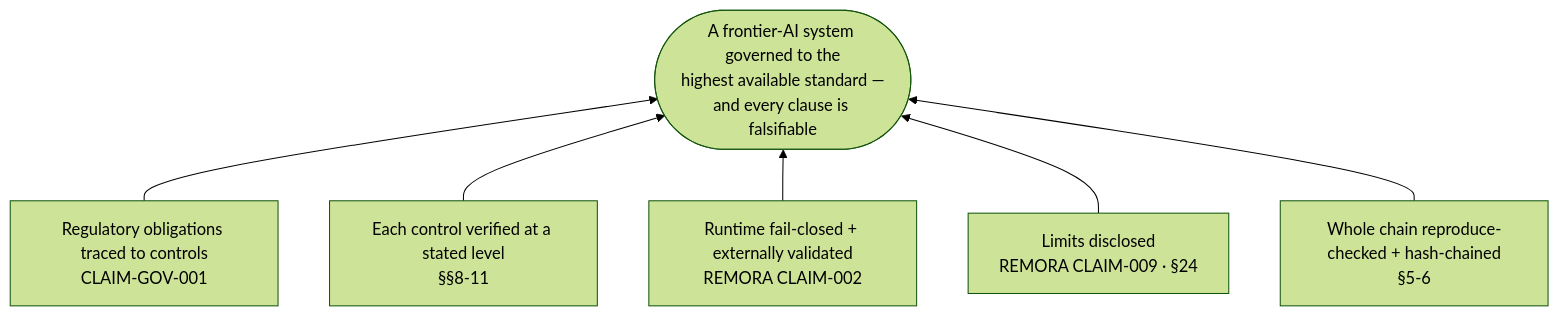
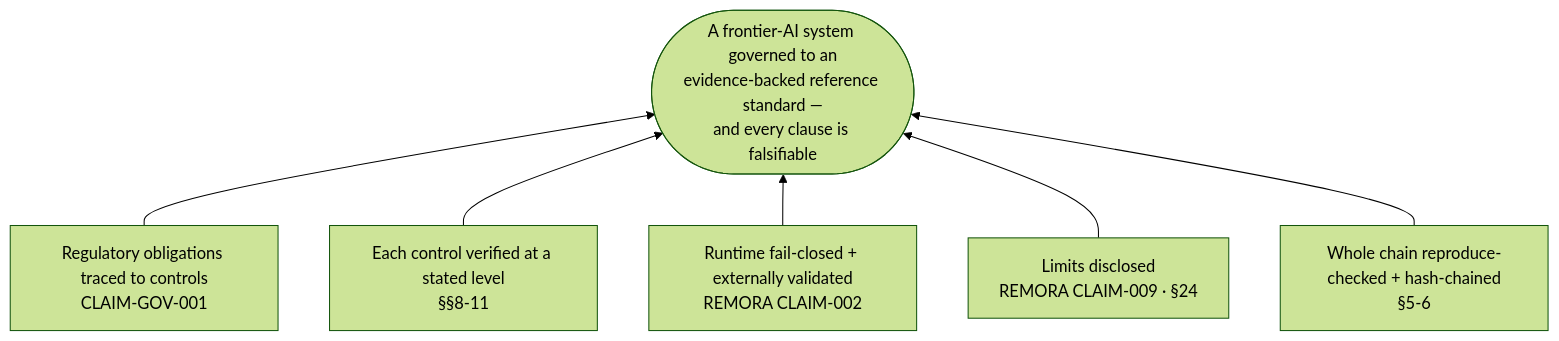
One commit to darklordVirtual/vericlaim changed diagram 15 of 20 in docs/governance/frontier-ai-governance-master.md. Above: the diagram before and after it, drawn with Mermaid (forest theme). The commit also changed other lines of this file and 7 other files, not shown here.

````diff
--- a/docs/governance/frontier-ai-governance-master.md
+++ b/docs/governance/frontier-ai-governance-master.md
@@ -971,9 +973,9 @@
 ```mermaid
 flowchart BT
     L1[Regulatory obligations traced to controls<br/>CLAIM-GOV-001] --> TOP
     L2[Each control verified at a stated level<br/>§§8-11] --> TOP
     L3[Runtime fail-closed + externally validated<br/>REMORA CLAIM-002] --> TOP
     L4[Limits disclosed<br/>REMORA CLAIM-009 · §24] --> TOP
     L5[Whole chain reproduce-checked + hash-chained<br/>§5-6] --> TOP
-    TOP(["A frontier-AI system governed to the<br/>highest available standard —<br/>and every clause is falsifiable"])
+    TOP(["A frontier-AI system governed to an<br/>evidence-backed reference standard —<br/>and every clause is falsifiable"])
 ```
````
